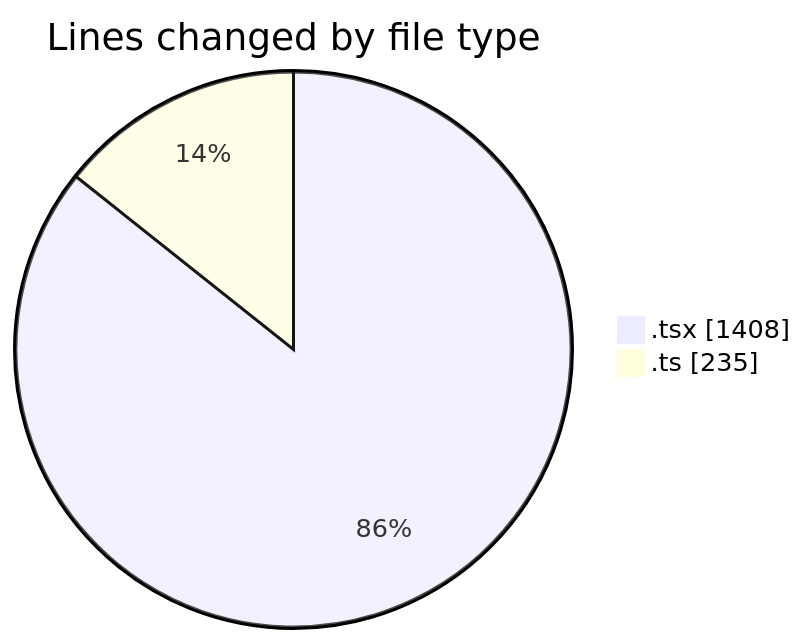
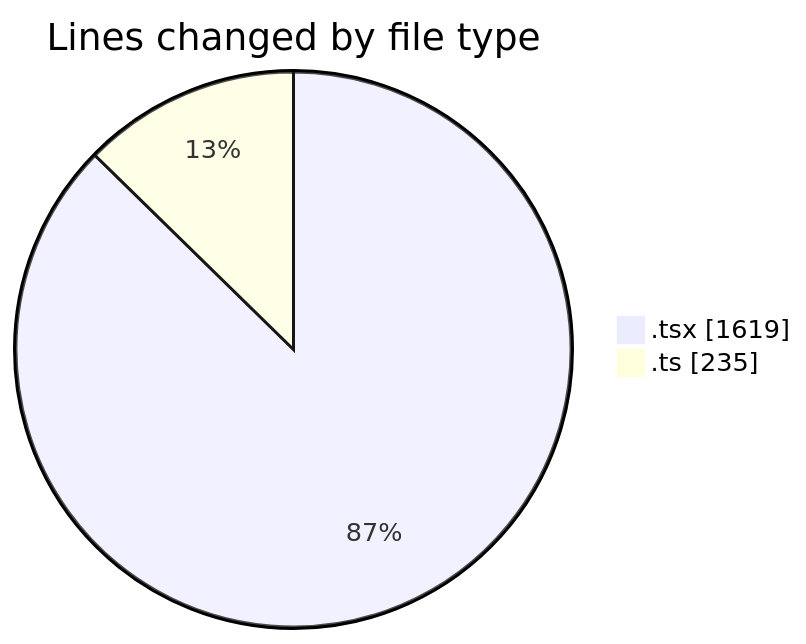
One commit to momahboobian/code-tracking changed the first of 2 diagrams in 2025-09-15/cda/README.md. Above: the diagram before and after it, drawn with Mermaid. The commit also changed other lines of this file and 1 other file, not shown here.

````diff
--- a/2025-09-15/cda/README.md
+++ b/2025-09-15/cda/README.md
@@ -23,6 +23,6 @@
 ```mermaid
 pie showData
 title Lines changed by file type
-".tsx" : 1408
+".tsx" : 1619
 ".ts" : 235
 ```
````
